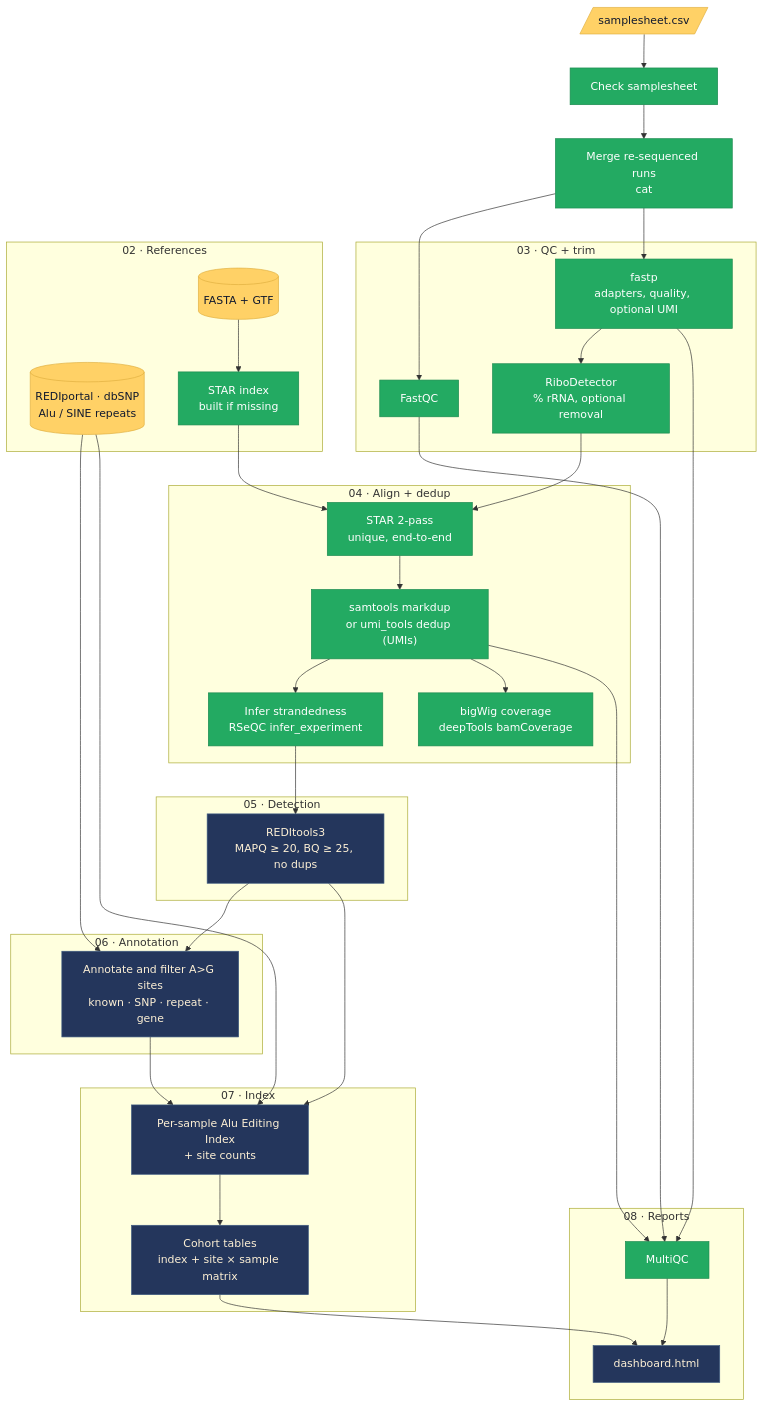
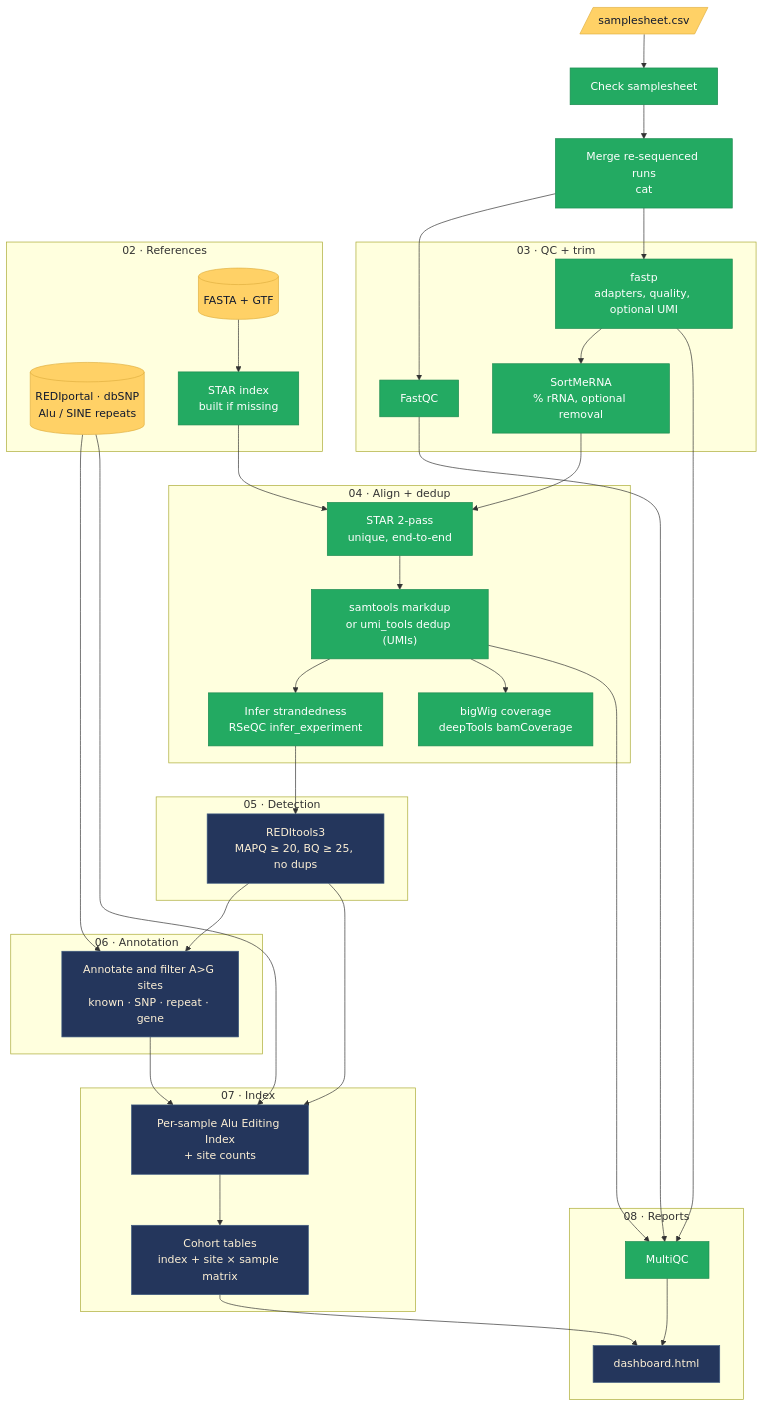
The diagram in README.md (bioinfo-fiend/adarable), drawn with Mermaid before and after one commit. The commit also changed other lines of this file and 9 other files, not shown here.

First line of the commit message:
rRNA check: SortMeRNA instead of RiboDetector

````diff
--- a/README.md
+++ b/README.md
@@ -19,67 +19,67 @@
 ```mermaid
 flowchart TD
     sheet[/"samplesheet.csv"/] --> check["Check samplesheet"]
     check --> cat["Merge re-sequenced runs<br/>cat"]
 
     subgraph qc ["03 · QC + trim"]
         fastqc["FastQC"]
         fastp["fastp<br/>adapters, quality, optional UMI"]
-        ribo["RiboDetector<br/>% rRNA, optional removal"]
+        ribo["SortMeRNA<br/>% rRNA, optional removal"]
     end
     cat --> fastqc
     cat --> fastp --> ribo
 
     subgraph refs ["02 · References"]
         fasta[("FASTA + GTF")]
         known[("REDIportal · dbSNP<br/>Alu / SINE repeats")]
         index["STAR index<br/>built if missing"]
     end
     fasta --> index
 
     subgraph align ["04 · Align + dedup"]
         star["STAR 2-pass<br/>unique, end-to-end"]
         markdup["samtools markdup<br/>or umi_tools dedup (UMIs)"]
         bigwig["bigWig coverage<br/>deepTools bamCoverage"]
         strand["Infer strandedness<br/>RSeQC infer_experiment"]
     end
     ribo --> star
     index --> star
     star --> markdup --> strand
     markdup --> bigwig
 
     subgraph detect ["05 · Detection"]
         redi["REDItools3<br/>MAPQ ≥ 20, BQ ≥ 25, no dups"]
     end
     strand --> redi
 
     subgraph annot ["06 · Annotation"]
         ann["Annotate and filter A>G sites<br/>known · SNP · repeat · gene"]
     end
     redi --> ann
     known --> ann
 
     subgraph index_ ["07 · Index"]
         aei["Per-sample Alu Editing Index<br/>+ site counts"]
         cohort["Cohort tables<br/>index + site × sample matrix"]
     end
     redi --> aei
     known --> aei
     ann --> aei --> cohort
 
     subgraph report ["08 · Reports"]
         mqc["MultiQC"]
         dash["dashboard.html"]
     end
     fastqc --> mqc
     fastp --> mqc
     markdup --> mqc
     cohort --> dash
     mqc --> dash
 
     classDef done fill:#23aa62,stroke:#1b8a4f,color:#fff
     classDef todo fill:#24365c,stroke:#3d5a80,color:#fdf0d5
     classDef data fill:#ffd166,stroke:#e0b040,color:#11192e
     class check,cat,index,fastqc,fastp,ribo,mqc,star,markdup,strand,bigwig done
     class redi,ann,aei,cohort,dash todo
     class sheet,fasta,known data
 ```
````
